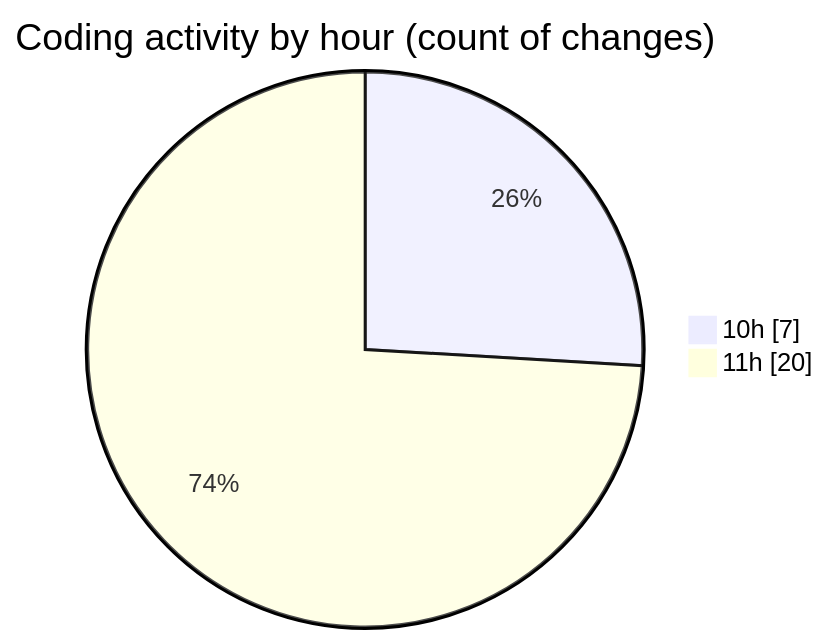
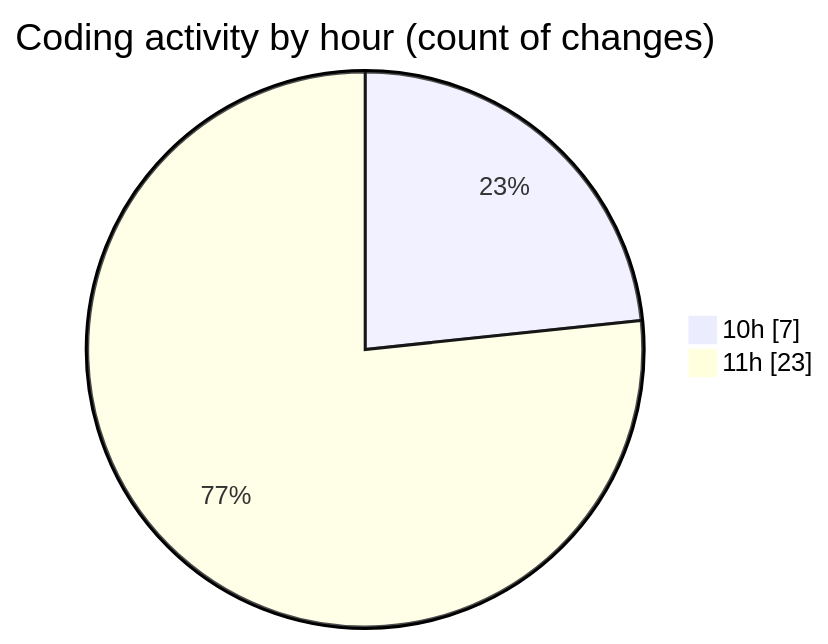
Before and after one commit to momahboobian/code-tracking: the second of 2 diagrams in 2025-06-26/cda/README.md, drawn with Mermaid. The commit also changed other lines of this file and 1 other file, not shown here.

````diff
--- a/2025-06-26/cda/README.md
+++ b/2025-06-26/cda/README.md
@@ -28,6 +28,6 @@
 ```mermaid
 pie showData
 title Coding activity by hour (count of changes)
 "10h" : 7
-"11h" : 20
+"11h" : 23
 ```
````
